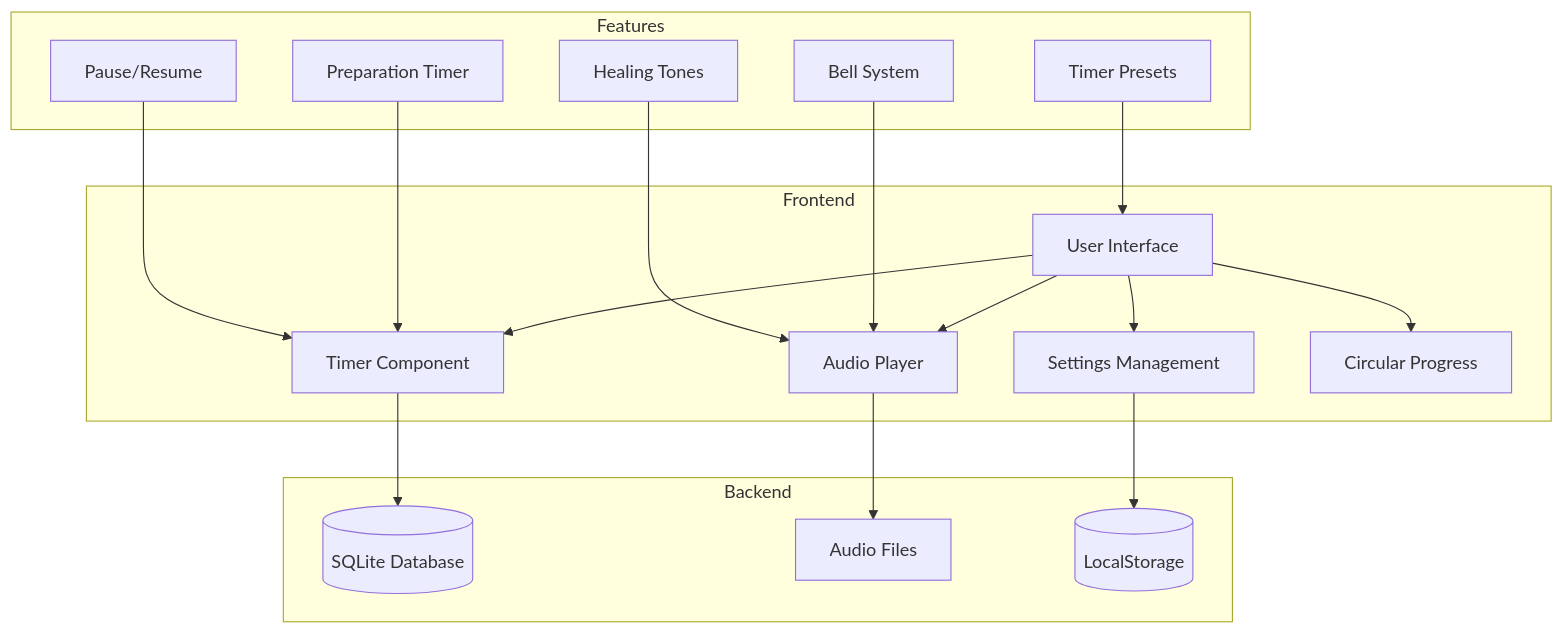
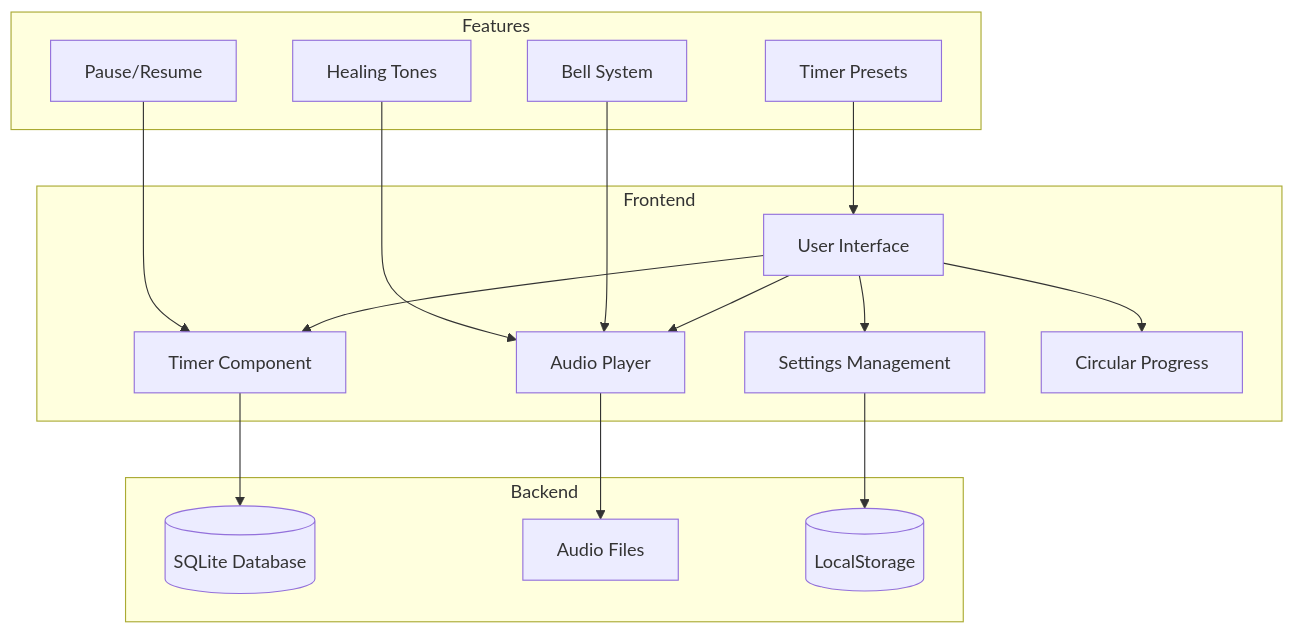
The diagram in PLAN.md (chrisjm/meditation-timer), drawn with Mermaid before and after one commit. The commit also changed other lines of this file, not shown here.

Commit message:
Update plan (remove prep time)

````diff
--- a/PLAN.md
+++ b/PLAN.md
@@ -5,38 +5,36 @@
 ```mermaid
 flowchart TD
     subgraph Frontend
         UI[User Interface]
         Timer[Timer Component]
         AudioPlayer[Audio Player]
         Settings[Settings Management]
         Progress[Circular Progress]
     end
 
     subgraph Backend
         DB[(SQLite Database)]
         AudioFiles[Audio Files]
         LocalStorage[(LocalStorage)]
     end
 
     subgraph Features
         TimerPresets[Timer Presets]
         Bells[Bell System]
         HealingTones[Healing Tones]
-        PrepTimer[Preparation Timer]
         PauseResume[Pause/Resume]
     end
 
     UI --> Timer
     UI --> AudioPlayer
     UI --> Settings
     UI --> Progress
     Timer --> DB
     AudioPlayer --> AudioFiles
     Settings --> LocalStorage
-    
+
     TimerPresets --> UI
     Bells --> AudioPlayer
     HealingTones --> AudioPlayer
-    PrepTimer --> Timer
     PauseResume --> Timer
 ```
````
